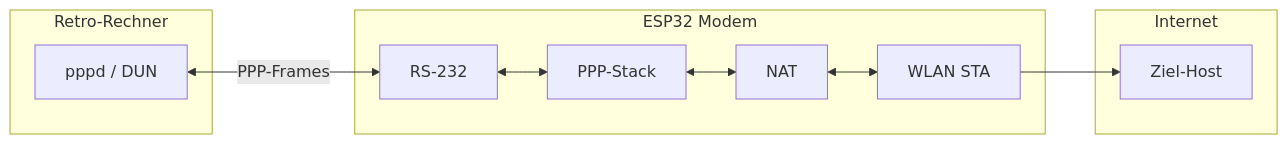
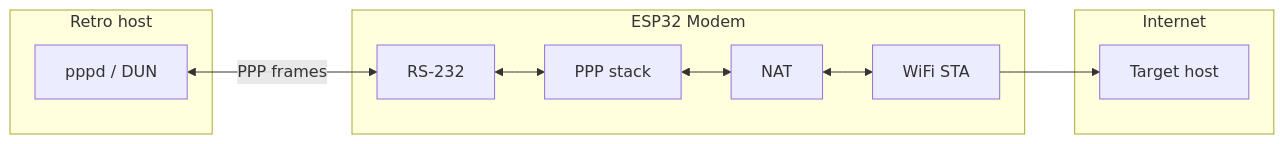
The second of 2 diagrams in README.md (oe3gwu/Advanced-RetroWiFiModem), drawn with Mermaid before and after one commit. The commit also changed other lines of this file, not shown here.

````diff
--- a/README.md
+++ b/README.md
@@ -272,20 +272,20 @@
 ```mermaid
 flowchart LR
-  subgraph retro [Retro-Rechner]
+  subgraph retro [Retro host]
     PPPD[pppd / DUN]
   end
   subgraph modem [ESP32 Modem]
     SER[RS-232]
-    PPP[PPP-Stack]
+    PPP[PPP stack]
     NAT[NAT]
-    WIFI[WLAN STA]
+    WIFI[WiFi STA]
   end
   subgraph lan [Internet]
-    NET[Ziel-Host]
+    NET[Target host]
   end
-  PPPD <-->|PPP-Frames| SER
+  PPPD <-->|PPP frames| SER
   SER <--> PPP
   PPP <--> NAT
   NAT <--> WIFI
   WIFI --> NET
 ```
````
